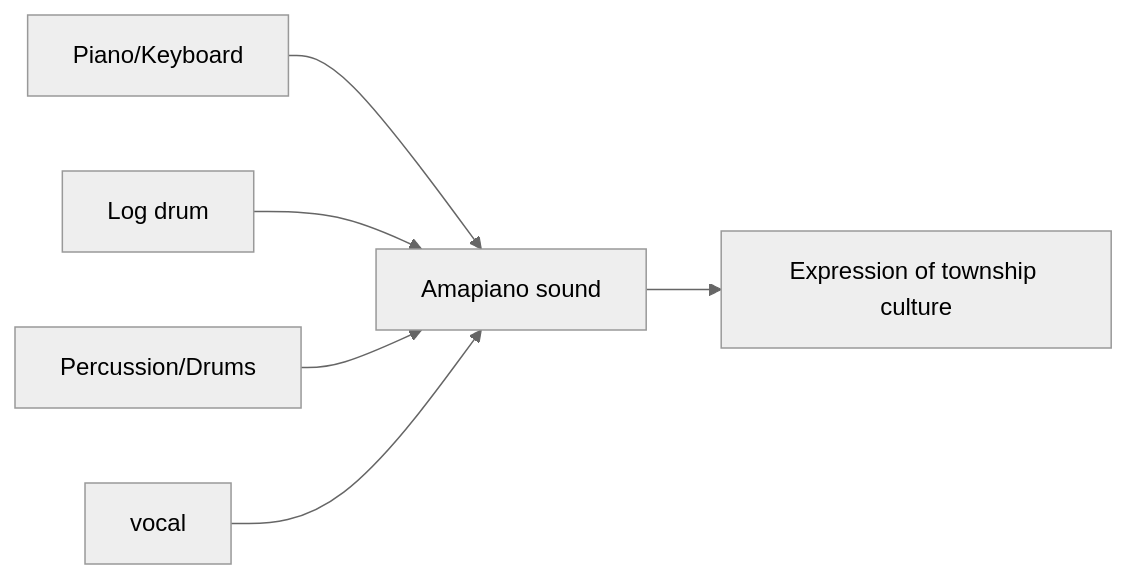
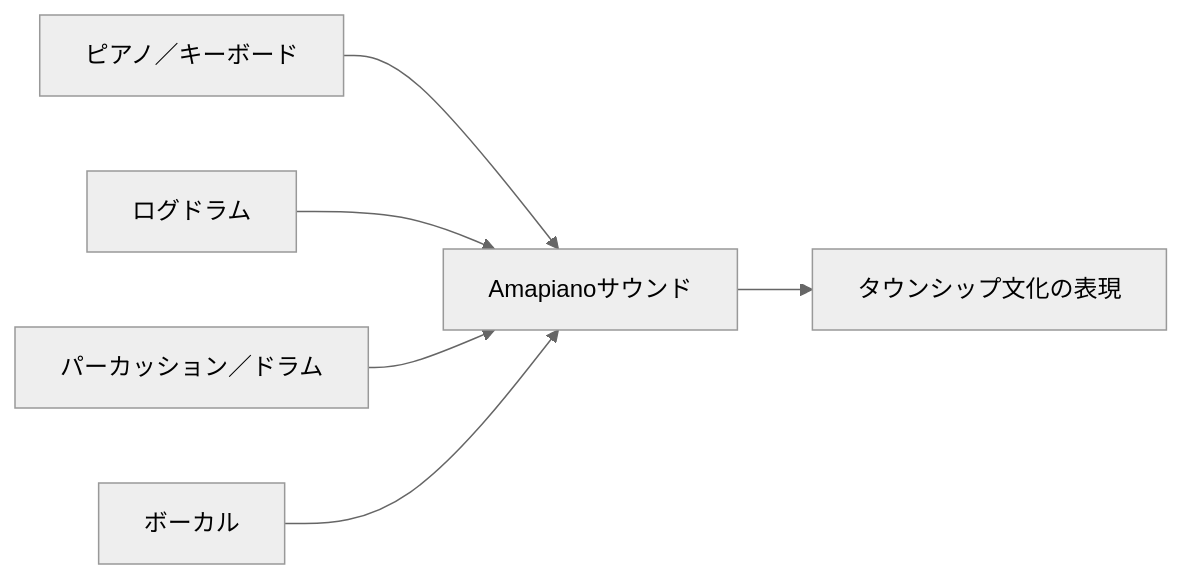
One commit to monumental-movement/monumental-movement.github.io changed the first of 8 diagrams in en/_posts/2025-11-30-column-south-african-amapiano.md. Above: the diagram before and after it, drawn with Mermaid (neutral theme). The commit also changed other lines of this file and 2196 other files, not shown here.

```diff
--- a/en/_posts/2025-11-30-column-south-african-amapiano.md
+++ b/en/_posts/2025-11-30-column-south-african-amapiano.md
@@ -69,8 +69,8 @@
 <div class="mermaid">
 graph LR
-    P["Piano/Keyboard"] --> S["Amapiano sound"]
-    L["Log drum"] --> S
-    D["Percussion/Drums"] --> S
-    V["vocal"] --> S
-    S --> G["Expression of township culture"]
+    P["ピアノ／キーボード"] --> S["Amapianoサウンド"]
+    L["ログドラム"] --> S
+    D["パーカッション／ドラム"] --> S
+    V["ボーカル"] --> S
+    S --> G["タウンシップ文化の表現"]
 </div>
```
